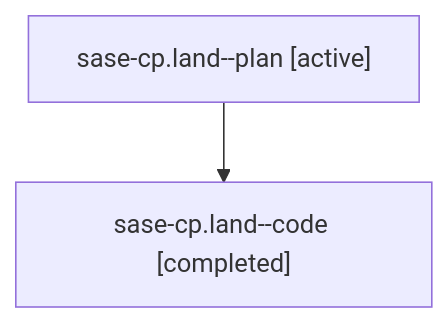
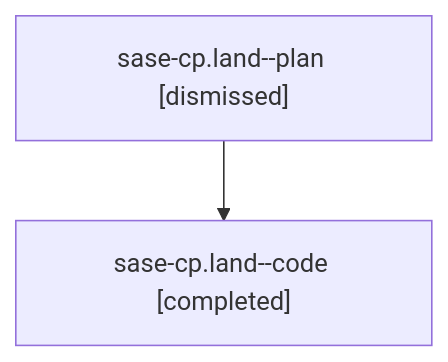
The diagram in sessions/bbugyi200.athena.sase-cp.land.md (sase-org/sase--agents), drawn with Mermaid before and after one commit. The commit also changed other lines of this file and 33 other files, not shown here.

````diff
--- a/sessions/bbugyi200.athena.sase-cp.land.md
+++ b/sessions/bbugyi200.athena.sase-cp.land.md
@@ -9,6 +9,6 @@
 ```mermaid
 flowchart TD
-  n0["sase-cp.land--plan [active]"]
+  n0["sase-cp.land--plan [dismissed]"]
   n1["sase-cp.land--code [completed]"]
   n0 --> n1
 ```
````
